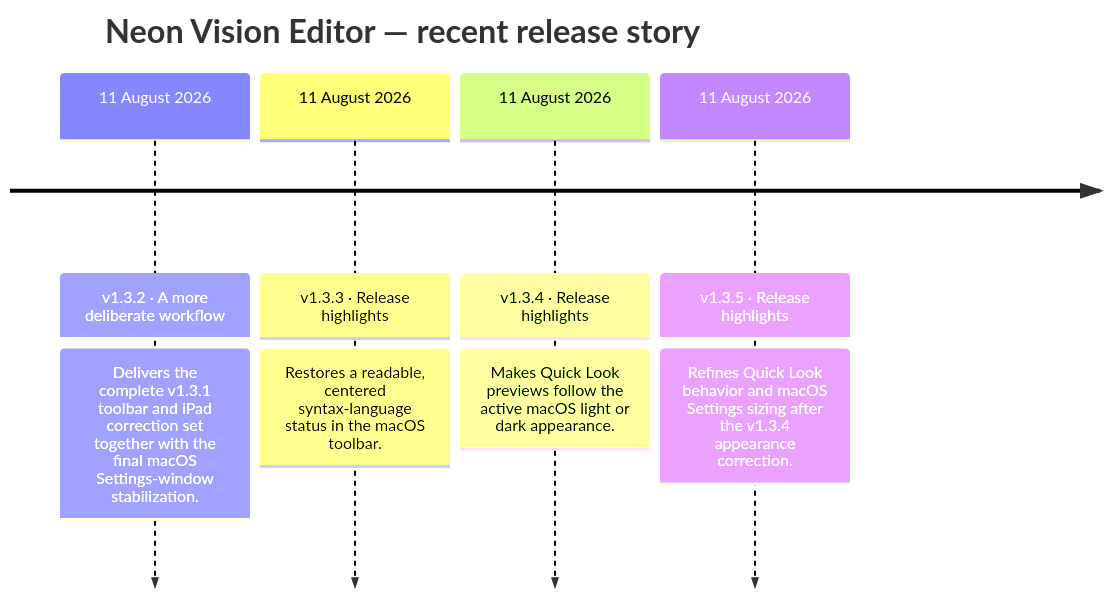
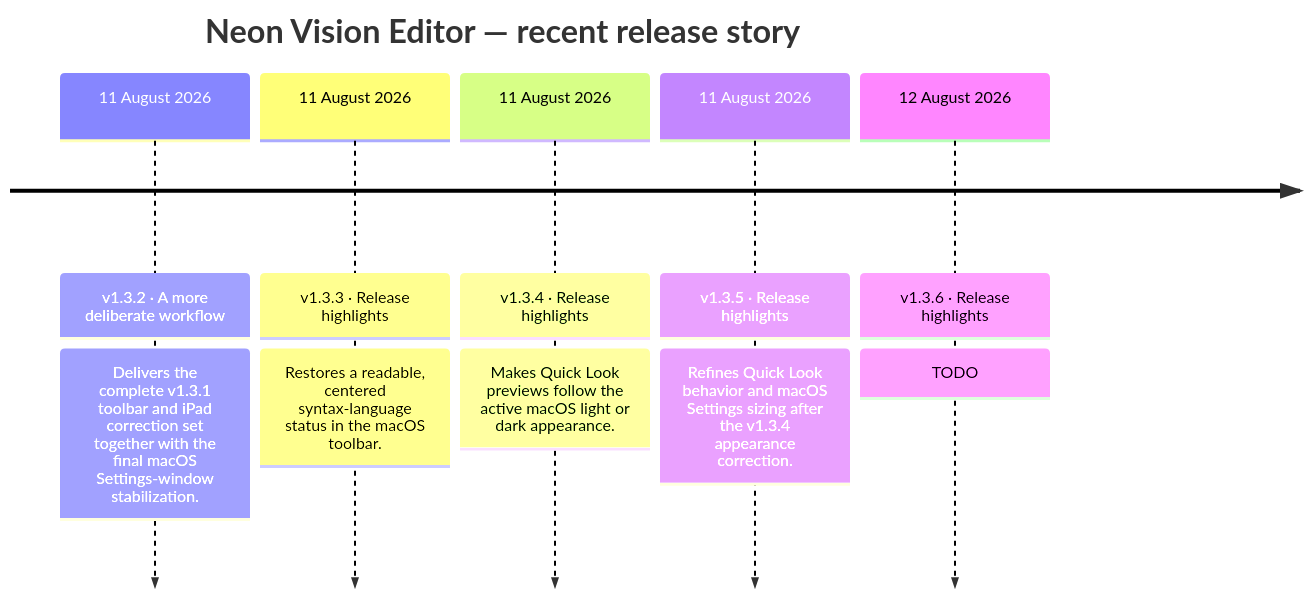
One commit to h3pdesign/Neon-Vision-Editor changed the second of 2 diagrams in README.md. Above: the diagram before and after it, drawn with Mermaid. The commit also changed other lines of this file and 8 other files, not shown here.

````diff
--- a/README.md
+++ b/README.md
@@ -770,12 +769,14 @@
 ```mermaid
 timeline
     title Neon Vision Editor — recent release story
     11 August 2026 : v1.3.2 · A more deliberate workflow
                 : Delivers the complete v1.3.1 toolbar and iPad correction set together with the final macOS Settings-window stabilization.
     11 August 2026 : v1.3.3 · Release highlights
                 : Restores a readable, centered syntax-language status in the macOS toolbar.
     11 August 2026 : v1.3.4 · Release highlights
                 : Makes Quick Look previews follow the active macOS light or dark appearance.
     11 August 2026 : v1.3.5 · Release highlights
                 : Refines Quick Look behavior and macOS Settings sizing after the v1.3.4 appearance correction.
+    12 August 2026 : v1.3.6 · Release highlights
+                : TODO
 ```
````
